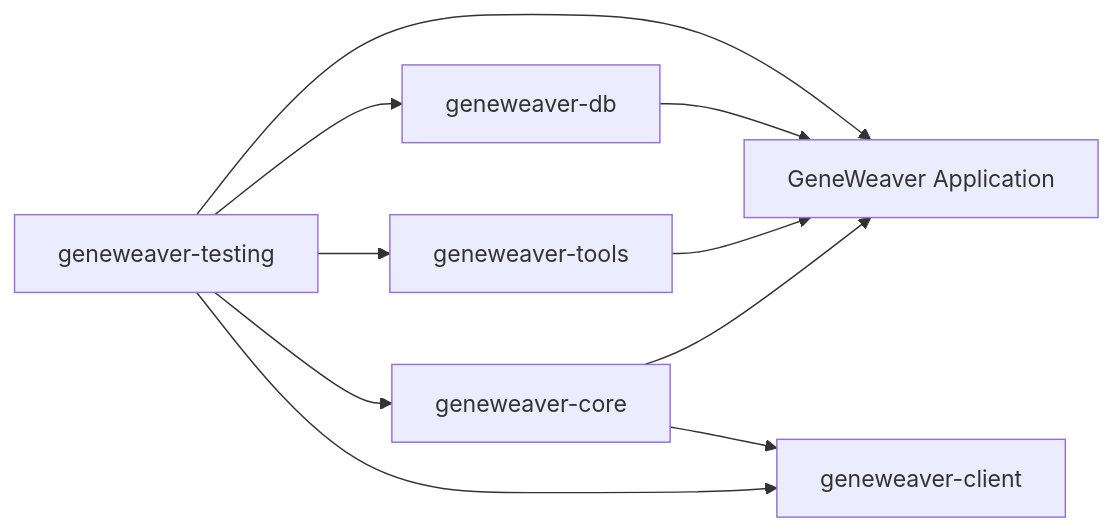
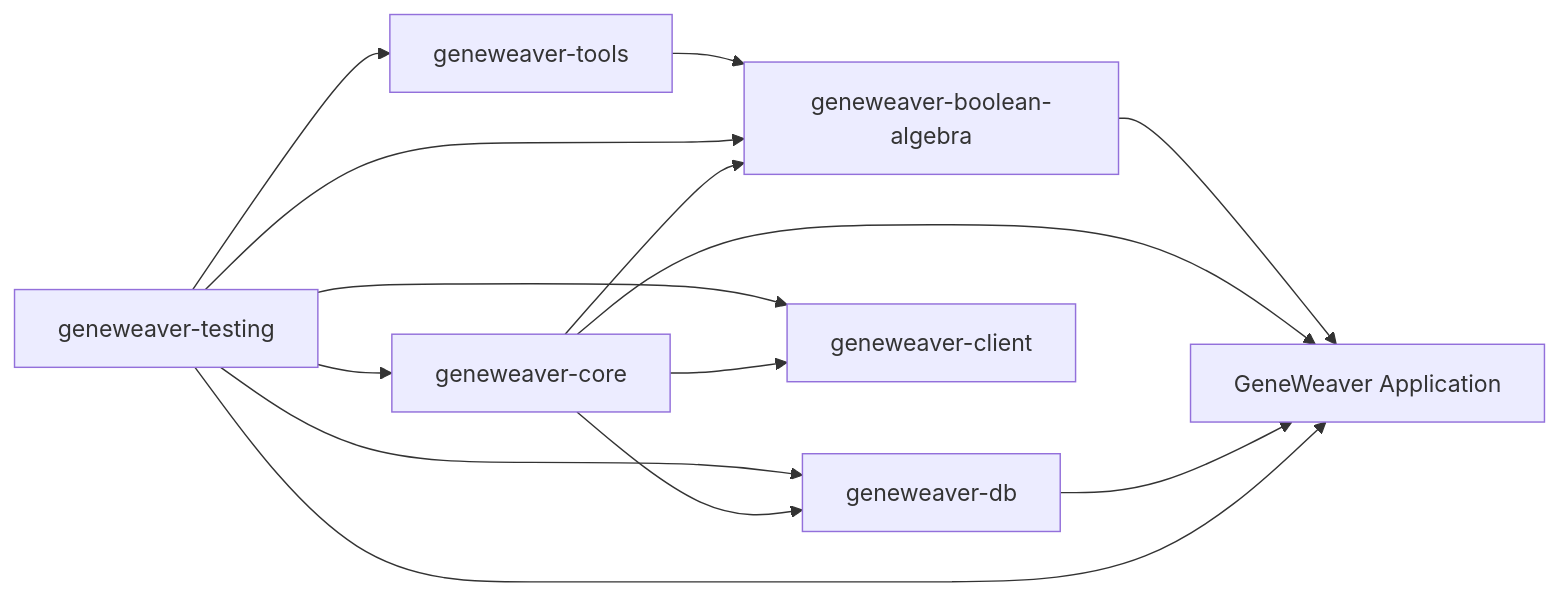
The first of 2 diagrams in docs/reference/available-packages.md (TheJacksonLaboratory/geneweaver), drawn with Mermaid before and after one commit. The commit also changed other lines of this file and 1 other file, not shown here.

Commit message:
Final updates from master's project work

````diff
--- a/docs/reference/available-packages.md
+++ b/docs/reference/available-packages.md
@@ -25,13 +27,15 @@
 ```mermaid
 graph LR
     G[GeneWeaver Application]
     D[geneweaver-db]
     T[geneweaver-tools]
+    BA[geneweaver-boolean-algebra]
     A[geneweaver-core]
     E[geneweaver-testing]
     C[geneweaver-client]
-    E --> A & T & D --> G
+    T & E & A --> BA --> G
+    E --> A & D --> G
     E & A --> C
-    E --> G
-    
+    E --> G & T
+    A --> D
 ```
````
